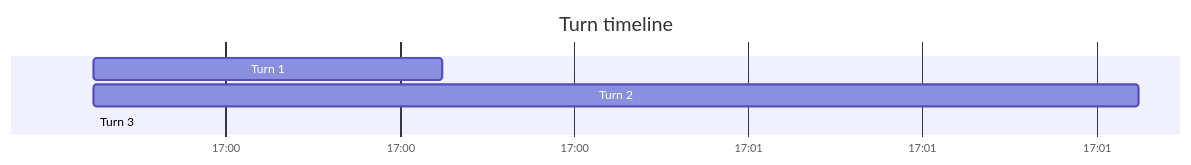
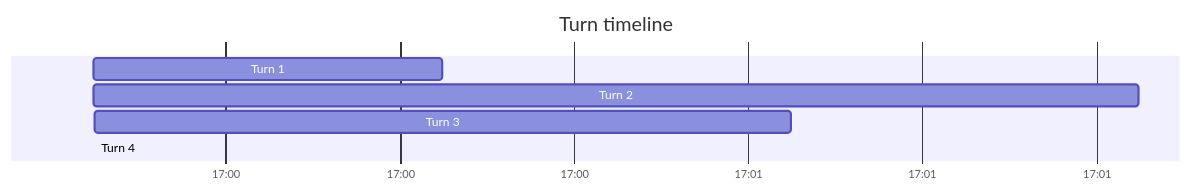
The second of 2 diagrams in docs/samples/sample.md (kittimzhe/dsh-session-export), drawn with Mermaid before and after one commit. The commit also changed other lines of this file and 15 other files, not shown here.

````diff
--- a/docs/samples/sample.md
+++ b/docs/samples/sample.md
@@ -34,9 +34,10 @@
 ```mermaid
 gantt
   dateFormat X
   axisFormat %H:%M
   title Turn timeline
   Turn 1 :t1, 1789203600, 30s
   Turn 2 :t2, 1789203630, 90s
-  Turn 3 :t3, 1789203720, 0s
+  Turn 3 :t3, 1789203720, 60s
+  Turn 4 :t4, 1789203780, 0s
 ```
````
